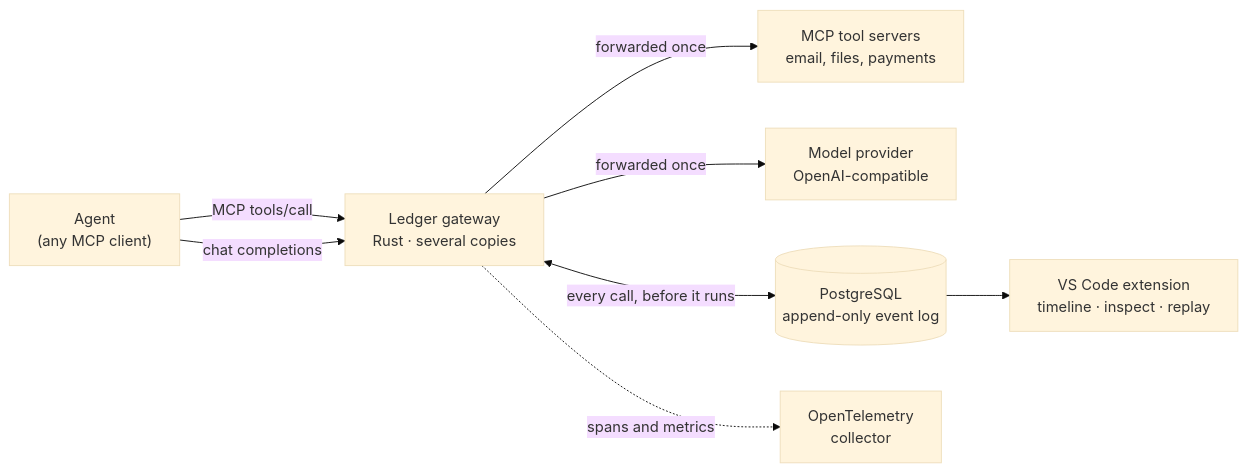
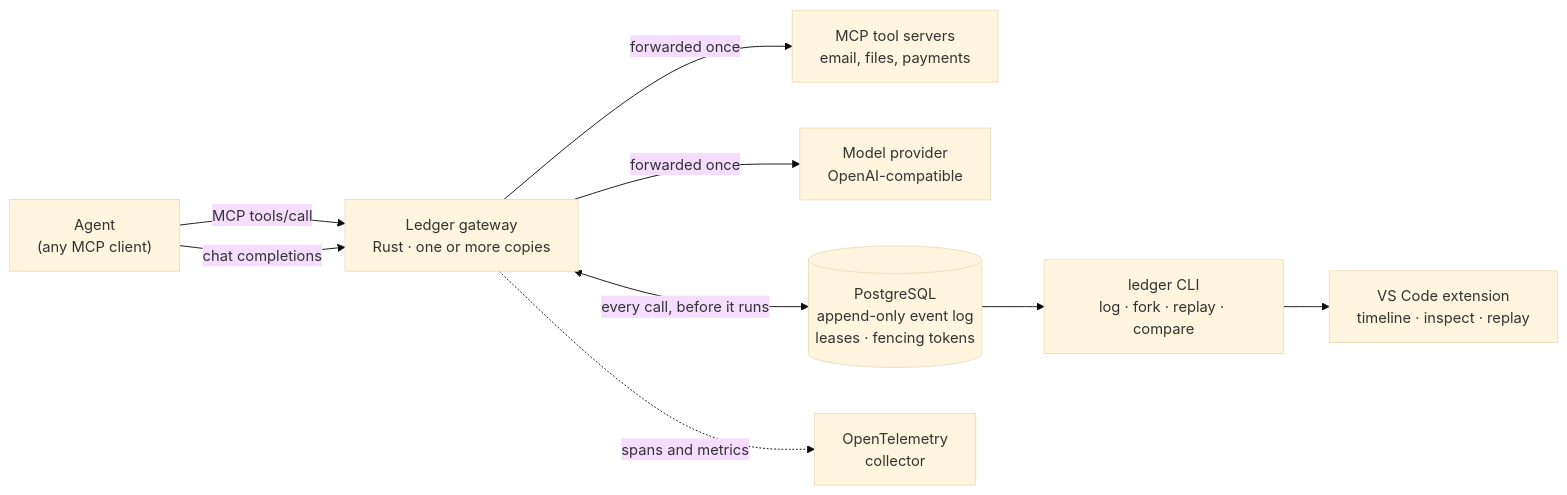
The diagram in README.md (CarlGergi/Ledger), drawn with Mermaid (base theme) before and after one commit. The commit also changed other lines of this file and 34 other files, not shown here.

````diff
--- a/README.md
+++ b/README.md
@@ -91,18 +40,20 @@
 ```mermaid
 flowchart LR
     agent["Agent<br/>(any MCP client)"]
-    ledger["Ledger gateway<br/>Rust · several copies"]
+    ledger["Ledger gateway<br/>Rust · one or more copies"]
     tools["MCP tool servers<br/>email, files, payments"]
     model["Model provider<br/>OpenAI-compatible"]
-    log[("PostgreSQL<br/>append-only event log")]
+    log[("PostgreSQL<br/>append-only event log<br/>leases · fencing tokens")]
     vscode["VS Code extension<br/>timeline · inspect · replay"]
+    cli["ledger CLI<br/>log · fork · replay · compare"]
     otel["OpenTelemetry<br/>collector"]
 
     agent -- "MCP tools/call" --> ledger
     agent -- "chat completions" --> ledger
     ledger -- "forwarded once" --> tools
     ledger -- "forwarded once" --> model
     ledger <-- "every call, before it runs" --> log
-    log --> vscode
+    log --> cli
+    cli --> vscode
     ledger -. "spans and metrics" .-> otel
 ```
````
